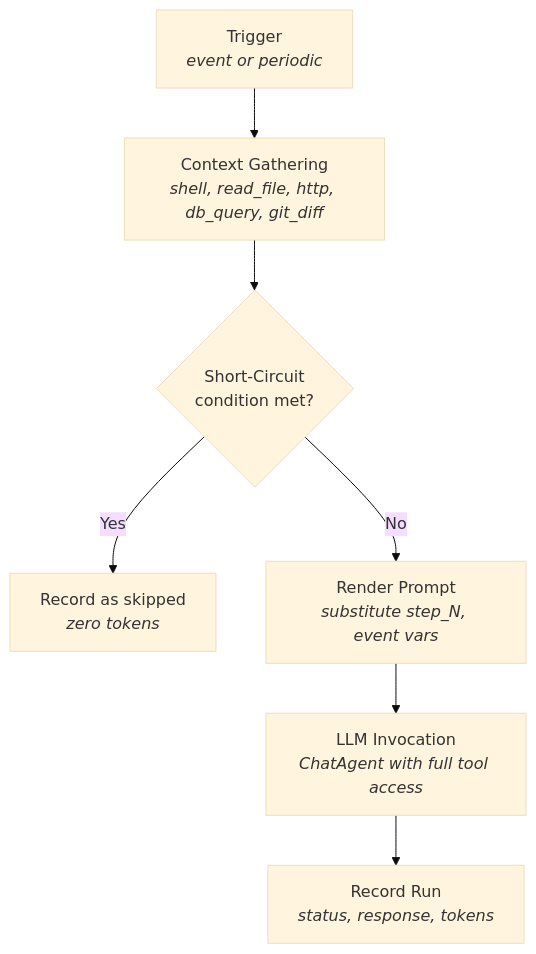
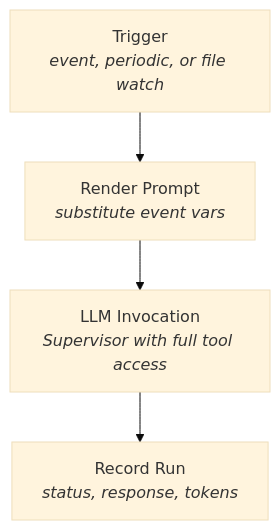
The first of 2 diagrams in docs/specs/hooks.md (darcyle/agent-queue), drawn with Mermaid (base theme) before and after one commit. The commit also changed other lines of this file and 20 other files, not shown here.

````diff
--- a/docs/specs/hooks.md
+++ b/docs/specs/hooks.md
@@ -18,9 +18,6 @@
 ```mermaid
 flowchart TD
-    A[Trigger<br/><i>event or periodic</i>] --> B[Context Gathering<br/><i>shell, read_file, http, db_query, git_diff</i>]
-    B --> C{Short-Circuit<br/>condition met?}
-    C -- Yes --> D[Record as skipped<br/><i>zero tokens</i>]
-    C -- No --> E[Render Prompt<br/><i>substitute step_N, event vars</i>]
-    E --> F[LLM Invocation<br/><i>ChatAgent with full tool access</i>]
-    F --> G[Record Run<br/><i>status, response, tokens</i>]
+    A[Trigger<br/><i>event, periodic, or file watch</i>] --> B[Render Prompt<br/><i>substitute event vars</i>]
+    B --> C[LLM Invocation<br/><i>Supervisor with full tool access</i>]
+    C --> D[Record Run<br/><i>status, response, tokens</i>]
 ```
````
